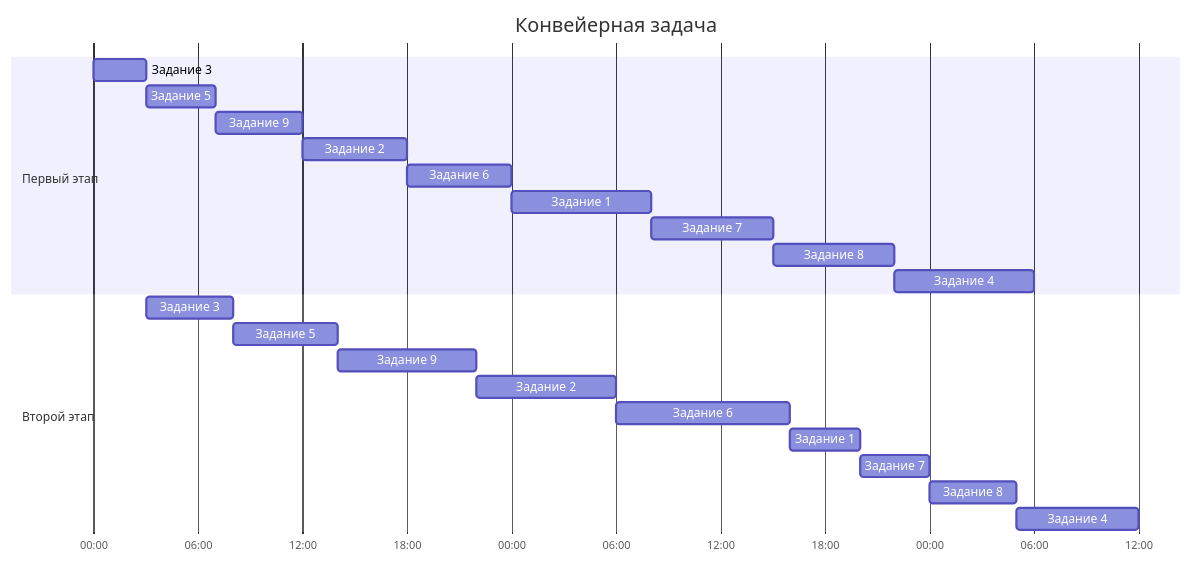
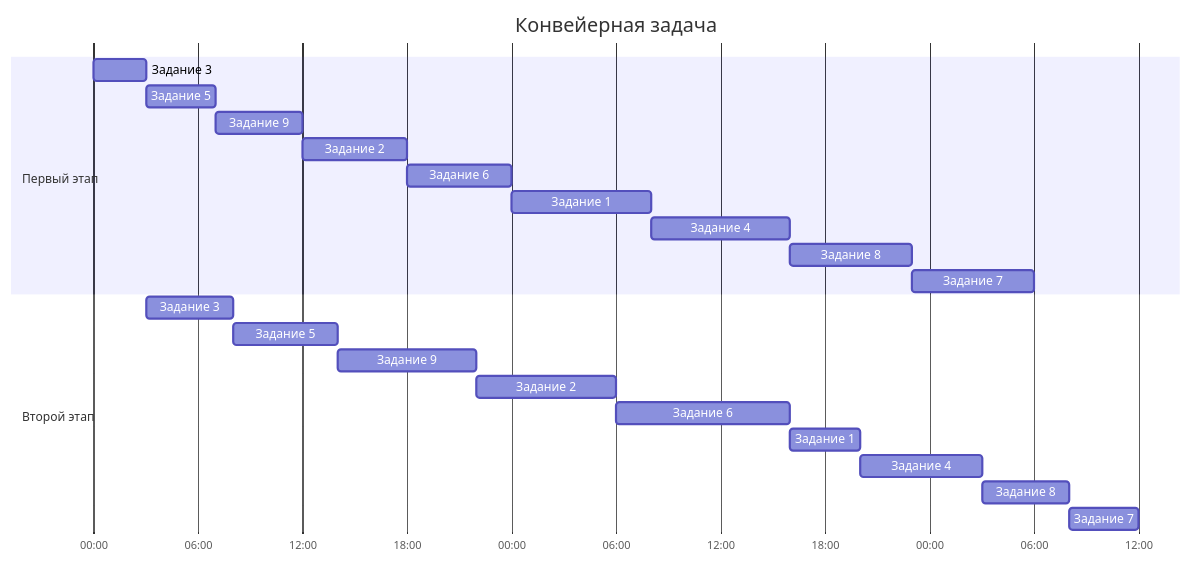
Before and after one commit to HSE-algo-23-crow/manual_tasks: the second of 2 diagrams in task_8/altyn_task_8.md, drawn with Mermaid. The commit also changed other lines of this file, not shown here.

Commit message:
Исправили ошибки altyn_task_8.md

````diff
--- a/task_8/altyn_task_8.md
+++ b/task_8/altyn_task_8.md
@@ -80,26 +80,26 @@
 ```mermaid
 gantt
 title Конвейерная задача
 dateFormat HH:mm
 axisFormat %H:%M
 section Первый этап
 Задание 3 :a1, 00:00 , 3h
 Задание 5 :a2, after a1, 4h
 Задание 9 :a3, after a2, 5h
 Задание 2 :a4, after a3, 6h
 Задание 6 :a5, after a4, 6h
 Задание 1 :a6, after a5, 8h
-Задание 7 :a7, after a6, 7h
+Задание 4 :a7, after a6, 8h
 Задание 8 :a8, after a7, 7h
-Задание 4 :a9, after a8, 8h
+Задание 7 :a9, after a8, 7h
 section Второй этап
 Задание 3 :b1, after a1, 5h
 Задание 5 :b2, after b1, 6h
 Задание 9 :b3, after b2, 8h
 Задание 2 :b4, after b3, 8h
 Задание 6 :b5, after b4, 10h
 Задание 1 :b6, after b5, 4h
-Задание 7 :b7, after b6, 4h
+Задание 4 :b7, after b6, 7h
 Задание 8 :b8, after b7, 5h
-Задание 4 :b9, after b8, 7h
+Задание 7 :b9, after b8, 4h
 ```
````
